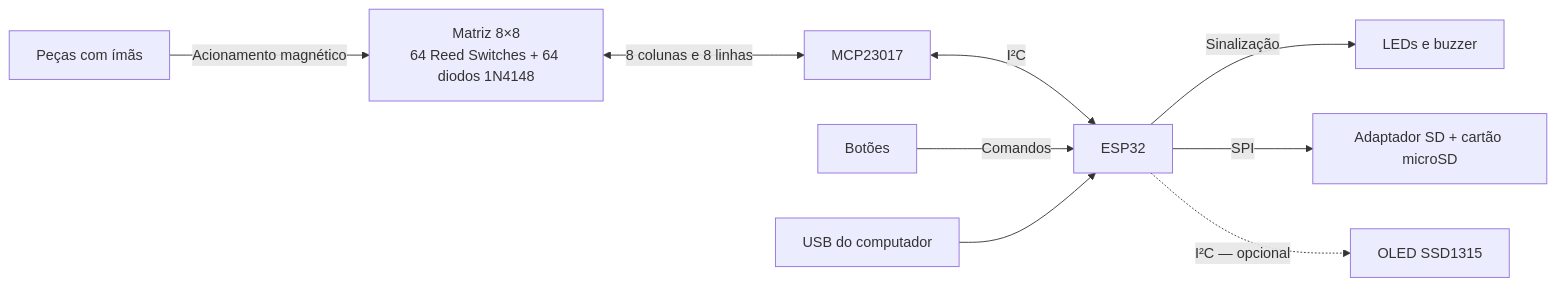
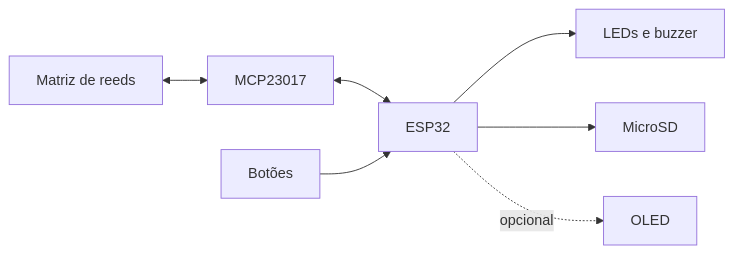
One commit to tadashinagashima/certificadora-dois changed the diagram in docs/arquitetura.md. Above: the diagram before and after it, drawn with Mermaid. The commit also changed other lines of this file and 353 other files, not shown here.

````diff
--- a/docs/arquitetura.md
+++ b/docs/arquitetura.md
@@ -5,11 +7,9 @@
 ```mermaid
 flowchart LR
-    P["Peças com ímãs"] -->|Acionamento magnético| M["Matriz 8×8<br/>64 Reed Switches + 64 diodos 1N4148"]
-    M <-->|8 colunas e 8 linhas| X["MCP23017"]
-    X <-->|I²C| E["ESP32"]
-    B["Botões"] -->|Comandos| E
-    E -->|Sinalização| S["LEDs e buzzer"]
-    E -->|SPI| SD["Adaptador SD + cartão microSD"]
-    E -.->|I²C — opcional| O["OLED SSD1315"]
-    U["USB do computador"] --> E
+    M[Matriz de reeds] <--> X[MCP23017]
+    X <--> E[ESP32]
+    B[Botões] --> E
+    E --> S[LEDs e buzzer]
+    E --> SD[MicroSD]
+    E -. opcional .-> O[OLED]
 ```
````
